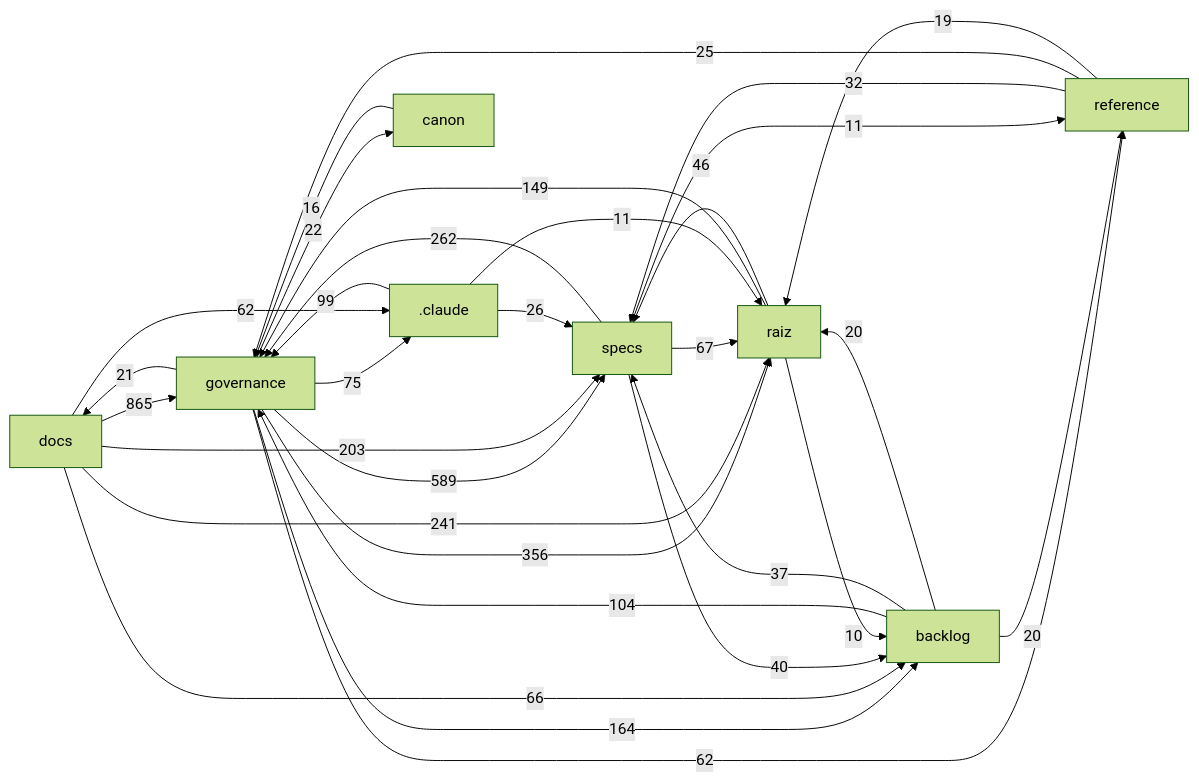
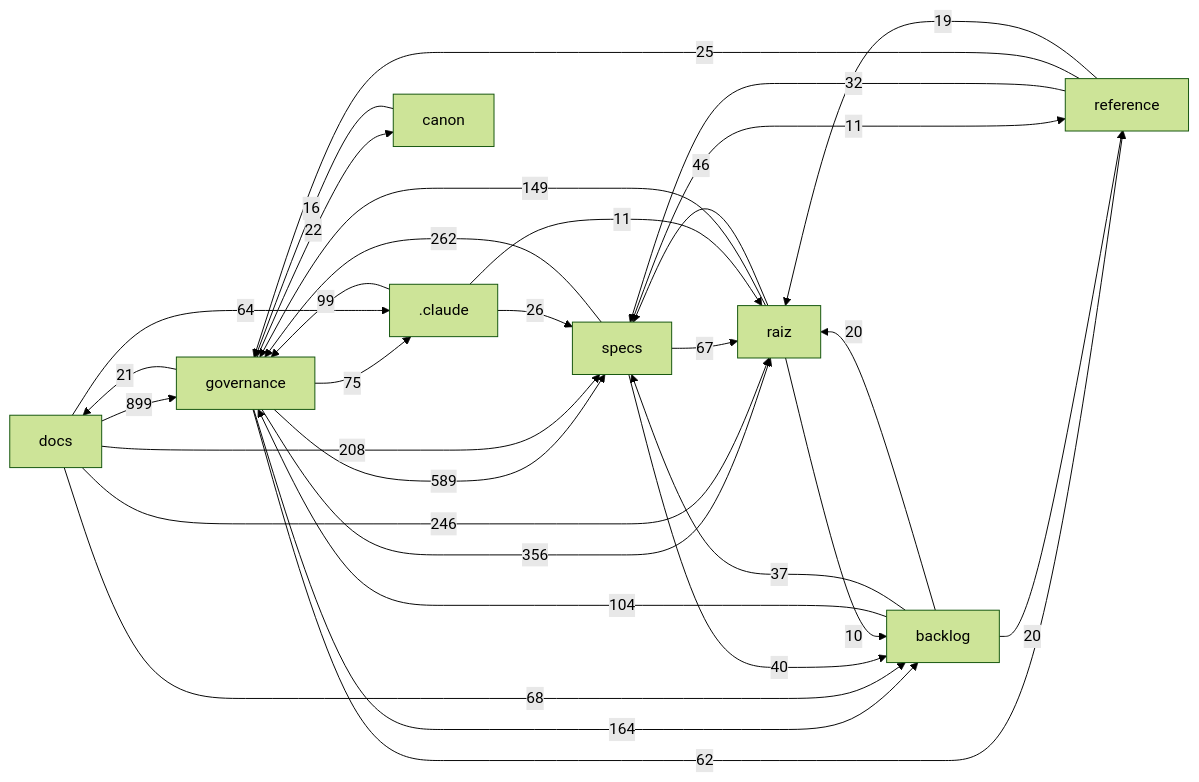
The diagram in docs/mapa/MAPA-PROJETO.md (Andraus35/Sistema-Operacional-de-Trading--SOT), drawn with Mermaid (forest theme) before and after one commit. The commit also changed other lines of this file and 4 other files, not shown here.

First line of the commit message:
SPEC-006: ROADMAP/CATALOGO registram DHR-SPEC006-003, ROADMAP:177 (H-001 aberta), cabeçalho do plan.md homologado e adendo à ata; HANDOFF HO-50 (autorizado por Andraus)

````diff
--- a/docs/mapa/MAPA-PROJETO.md
+++ b/docs/mapa/MAPA-PROJETO.md
@@ -29,33 +29,33 @@
 ```mermaid
 flowchart LR
-  docs["docs"] -->|865| governance["governance"]
+  docs["docs"] -->|899| governance["governance"]
   governance["governance"] -->|589| specs["specs"]
   governance["governance"] -->|356| raiz["raiz"]
   specs["specs"] -->|262| governance["governance"]
-  docs["docs"] -->|241| raiz["raiz"]
-  docs["docs"] -->|203| specs["specs"]
+  docs["docs"] -->|246| raiz["raiz"]
+  docs["docs"] -->|208| specs["specs"]
   governance["governance"] -->|164| backlog["backlog"]
   raiz["raiz"] -->|149| governance["governance"]
   backlog["backlog"] -->|104| governance["governance"]
   _claude[".claude"] -->|99| governance["governance"]
   governance["governance"] -->|75| _claude[".claude"]
+  docs["docs"] -->|68| backlog["backlog"]
   specs["specs"] -->|67| raiz["raiz"]
-  docs["docs"] -->|66| backlog["backlog"]
-  docs["docs"] -->|62| _claude[".claude"]
+  docs["docs"] -->|64| _claude[".claude"]
   governance["governance"] -->|62| reference["reference"]
   raiz["raiz"] -->|46| specs["specs"]
   specs["specs"] -->|40| backlog["backlog"]
   backlog["backlog"] -->|37| specs["specs"]
   reference["reference"] -->|32| specs["specs"]
   _claude[".claude"] -->|26| specs["specs"]
   reference["reference"] -->|25| governance["governance"]
   governance["governance"] -->|22| canon["canon"]
   governance["governance"] -->|21| docs["docs"]
   backlog["backlog"] -->|20| raiz["raiz"]
   backlog["backlog"] -->|20| reference["reference"]
   reference["reference"] -->|19| raiz["raiz"]
   canon["canon"] -->|16| governance["governance"]
   _claude[".claude"] -->|11| raiz["raiz"]
   specs["specs"] -->|11| reference["reference"]
   raiz["raiz"] -->|10| backlog["backlog"]
 ```
````
